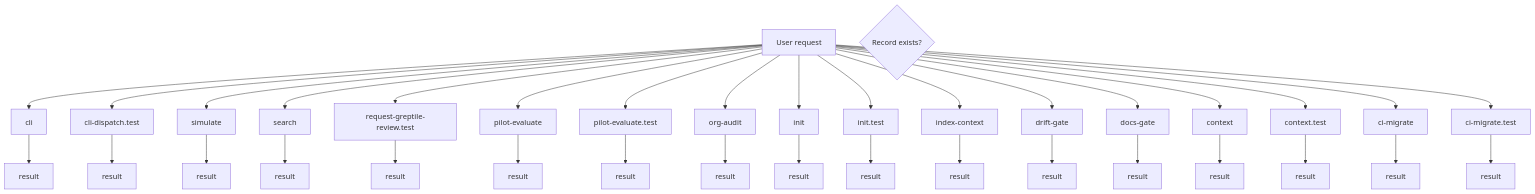
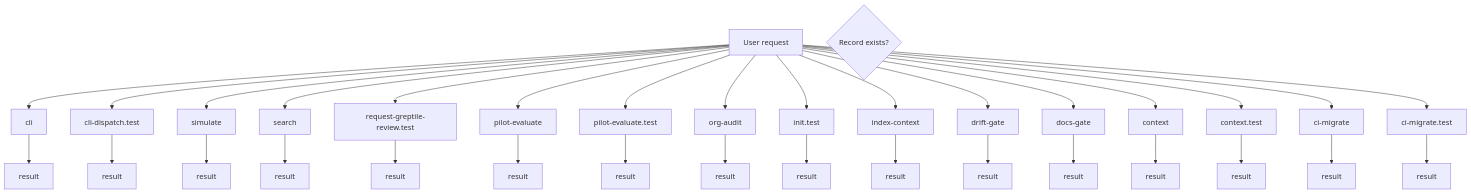
Before and after one commit to jscraik/coding-harness: the diagram in AI/diagrams/database.mmd, drawn with Mermaid. The commit also changed 9 other files, not shown here.

Commit message:
chore(diagrams): auto-refresh architecture diagrams

```diff
--- a/AI/diagrams/database.mmd
+++ b/AI/diagrams/database.mmd
@@ -1,56 +1,53 @@
 flowchart TD
   UserRequest["User request"]
   Decision{Record exists?}
   cli_99bb8840["cli"]
   UserRequest --> cli_99bb8840
   cli_99bb8840 --> cli_99bb8840_result["result"]
   cli_dispatch_test_54c9f17b["cli-dispatch.test"]
   UserRequest --> cli_dispatch_test_54c9f17b
   cli_dispatch_test_54c9f17b --> cli_dispatch_test_54c9f17b_result["result"]
   simulate_b9efe395["simulate"]
   UserRequest --> simulate_b9efe395
   simulate_b9efe395 --> simulate_b9efe395_result["result"]
   search_24193290["search"]
   UserRequest --> search_24193290
   search_24193290 --> search_24193290_result["result"]
   request_greptile_review_test_b073e76e["request-greptile-review.test"]
   UserRequest --> request_greptile_review_test_b073e76e
   request_greptile_review_test_b073e76e --> request_greptile_review_test_b073e76e_result["result"]
   pilot_evaluate_2045b1a1["pilot-evaluate"]
   UserRequest --> pilot_evaluate_2045b1a1
   pilot_evaluate_2045b1a1 --> pilot_evaluate_2045b1a1_result["result"]
   pilot_evaluate_test_a2ac06fc["pilot-evaluate.test"]
   UserRequest --> pilot_evaluate_test_a2ac06fc
   pilot_evaluate_test_a2ac06fc --> pilot_evaluate_test_a2ac06fc_result["result"]
   org_audit_d739e44b["org-audit"]
   UserRequest --> org_audit_d739e44b
   org_audit_d739e44b --> org_audit_d739e44b_result["result"]
-  init_bb54068a["init"]
-  UserRequest --> init_bb54068a
-  init_bb54068a --> init_bb54068a_result["result"]
   init_test_cbba76a6["init.test"]
   UserRequest --> init_test_cbba76a6
   init_test_cbba76a6 --> init_test_cbba76a6_result["result"]
   index_context_de3ed39d["index-context"]
   UserRequest --> index_context_de3ed39d
   index_context_de3ed39d --> index_context_de3ed39d_result["result"]
   drift_gate_23bbee85["drift-gate"]
   UserRequest --> drift_gate_23bbee85
   drift_gate_23bbee85 --> drift_gate_23bbee85_result["result"]
   docs_gate_c441fbb4["docs-gate"]
   UserRequest --> docs_gate_c441fbb4
   docs_gate_c441fbb4 --> docs_gate_c441fbb4_result["result"]
   context_ea7792a2["context"]
   UserRequest --> context_ea7792a2
   context_ea7792a2 --> context_ea7792a2_result["result"]
   context_test_57aad306["context.test"]
   UserRequest --> context_test_57aad306
   context_test_57aad306 --> context_test_57aad306_result["result"]
   ci_migrate_78bb70b1["ci-migrate"]
   UserRequest --> ci_migrate_78bb70b1
   ci_migrate_78bb70b1 --> ci_migrate_78bb70b1_result["result"]
   ci_migrate_test_2a015bb9["ci-migrate.test"]
   UserRequest --> ci_migrate_test_2a015bb9
   ci_migrate_test_2a015bb9 --> ci_migrate_test_2a015bb9_result["result"]
   classDef dbNode fill:#0ea5e9,color:#fff
   classDef decisionNode fill:#0284c7,color:#fff
```
